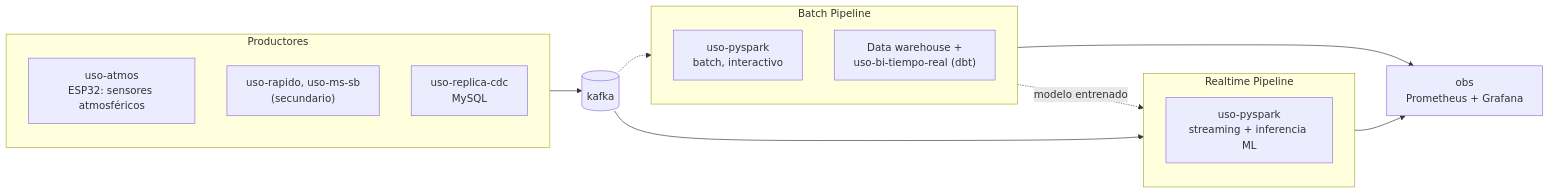
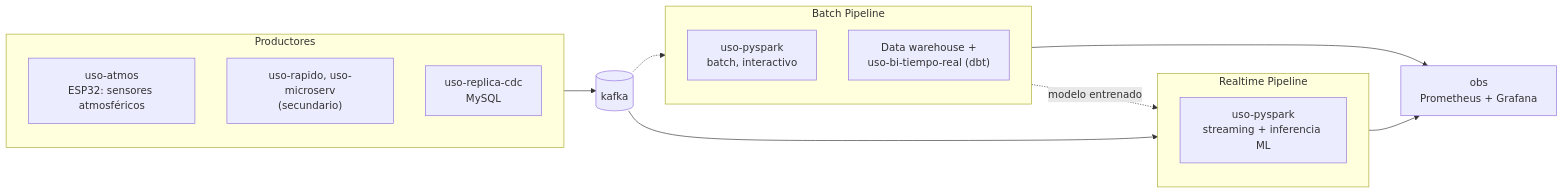
One commit to 262bigdata/lambda26 changed the first of 5 diagrams in docs/sesiones/S01_Arquitectura_Big_Data_Lambda_Kappa.md. Above: the diagram before and after it, drawn with Mermaid. The commit also changed other lines of this file and 62 other files, not shown here.

````diff
--- a/docs/sesiones/S01_Arquitectura_Big_Data_Lambda_Kappa.md
+++ b/docs/sesiones/S01_Arquitectura_Big_Data_Lambda_Kappa.md
@@ -60,31 +60,31 @@
 ```mermaid
 flowchart LR
     subgraph Producers["Productores"]
         direction TB
         P1["uso-atmos<br/>ESP32: sensores atmosféricos"]
-        P2["uso-rapido, uso-ms-sb<br/>(secundario)"]
+        P2["uso-rapido, uso-microserv<br/>(secundario)"]
         P3["uso-replica-cdc<br/>MySQL"]
     end
 
     K[("kafka")]
 
     subgraph RT["Realtime Pipeline"]
         direction TB
         RT1["uso-pyspark<br/>streaming + inferencia ML"]
     end
 
     subgraph BP["Batch Pipeline"]
         direction TB
         BP1["uso-pyspark<br/>batch, interactivo"]
         BP2["Data warehouse +<br/>uso-bi-tiempo-real (dbt)"]
     end
 
     Grafana["obs<br/>Prometheus + Grafana"]
 
     Producers --> K
     K --> RT
     K -.-> BP
     RT1 --> Grafana
     BP2 --> Grafana
     BP1 -.->|"modelo entrenado"| RT1
 ```
````
